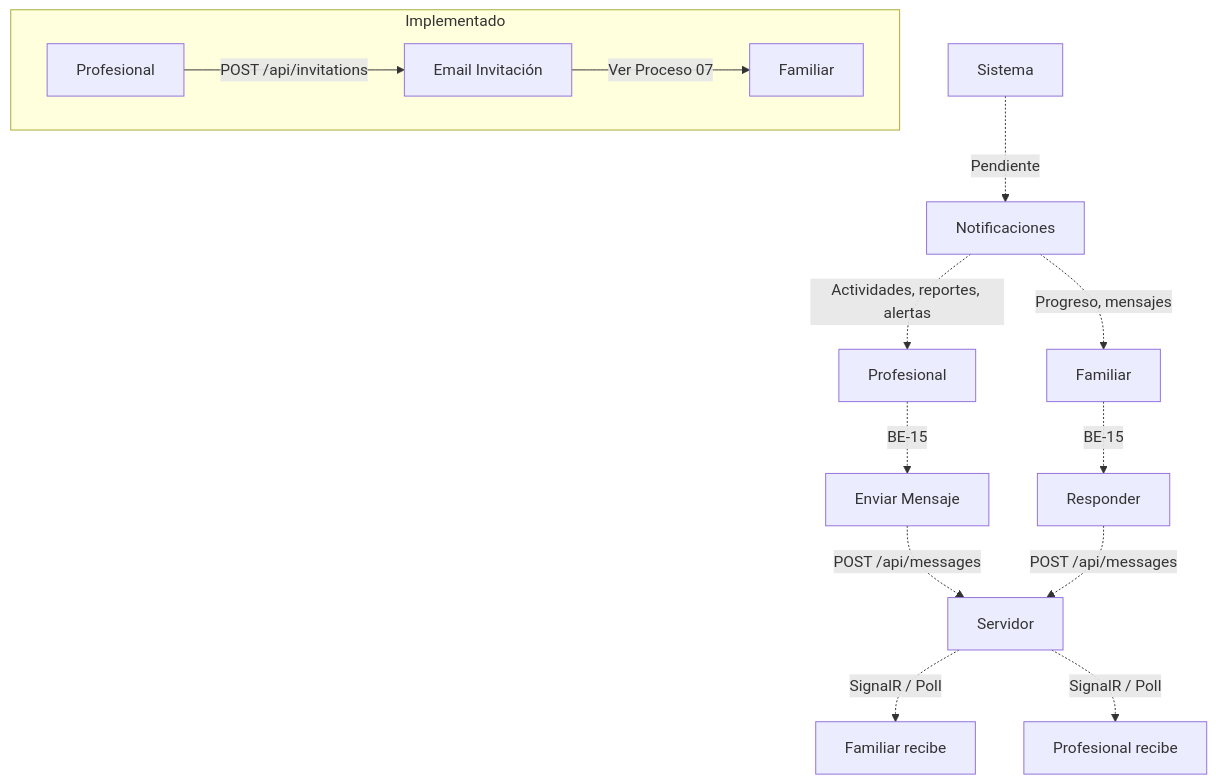
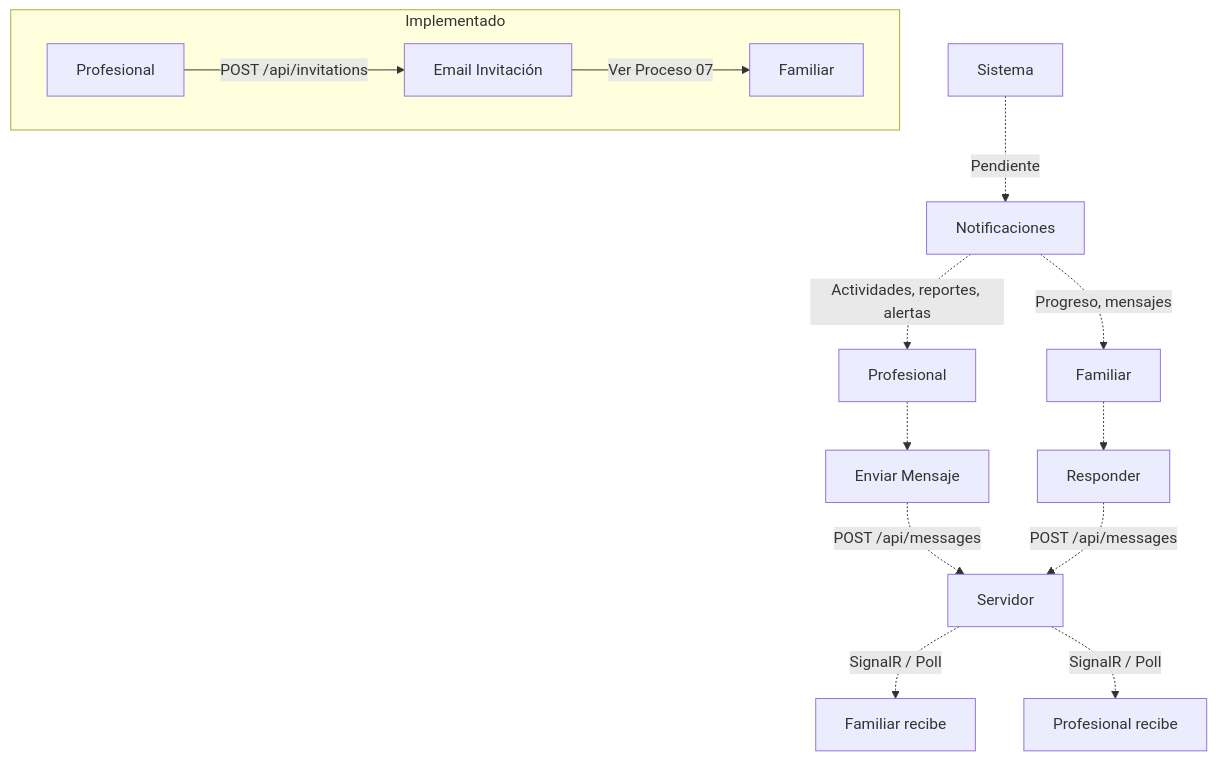
The diagram in Process/16-comunicacion-actores.md (Sacha-html/InclusiON), drawn with Mermaid before and after one commit. The commit also changed other lines of this file and 15 other files, not shown here.

````diff
--- a/Process/16-comunicacion-actores.md
+++ b/Process/16-comunicacion-actores.md
@@ -45,20 +45,20 @@
 ```mermaid
 flowchart TD
-    PROF[Profesional] -.->|BE-15| MSG_OUT[Enviar Mensaje]
+    PROF[Profesional] -.-> MSG_OUT[Enviar Mensaje]
     MSG_OUT -.->|POST /api/messages| SERVER[Servidor]
     SERVER -.->|SignalR / Poll| FAM_IN[Familiar recibe]
 
-    FAM[Familiar] -.->|BE-15| MSG_BACK[Responder]
+    FAM[Familiar] -.-> MSG_BACK[Responder]
     MSG_BACK -.->|POST /api/messages| SERVER
     SERVER -.->|SignalR / Poll| PROF_IN[Profesional recibe]
 
     SYS[Sistema] -.->|Pendiente| NOTIF[Notificaciones]
     NOTIF -.->|Actividades, reportes, alertas| PROF
     NOTIF -.->|Progreso, mensajes| FAM
 
     subgraph Implementado
         PROF2[Profesional] -->|POST /api/invitations| INV[Email Invitación]
         INV -->|Ver Proceso 07| FAM2[Familiar]
     end
 
 ```
````
